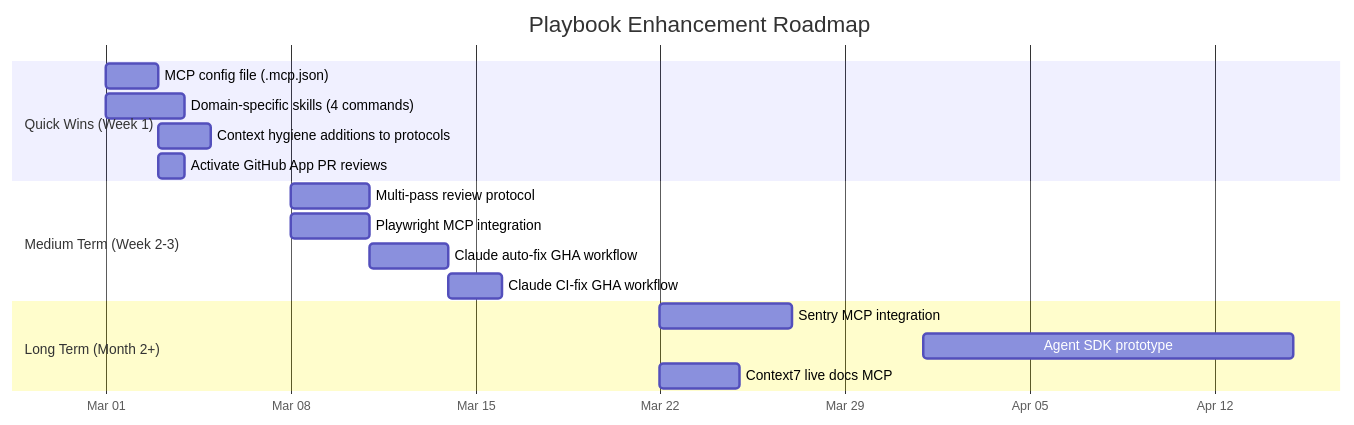
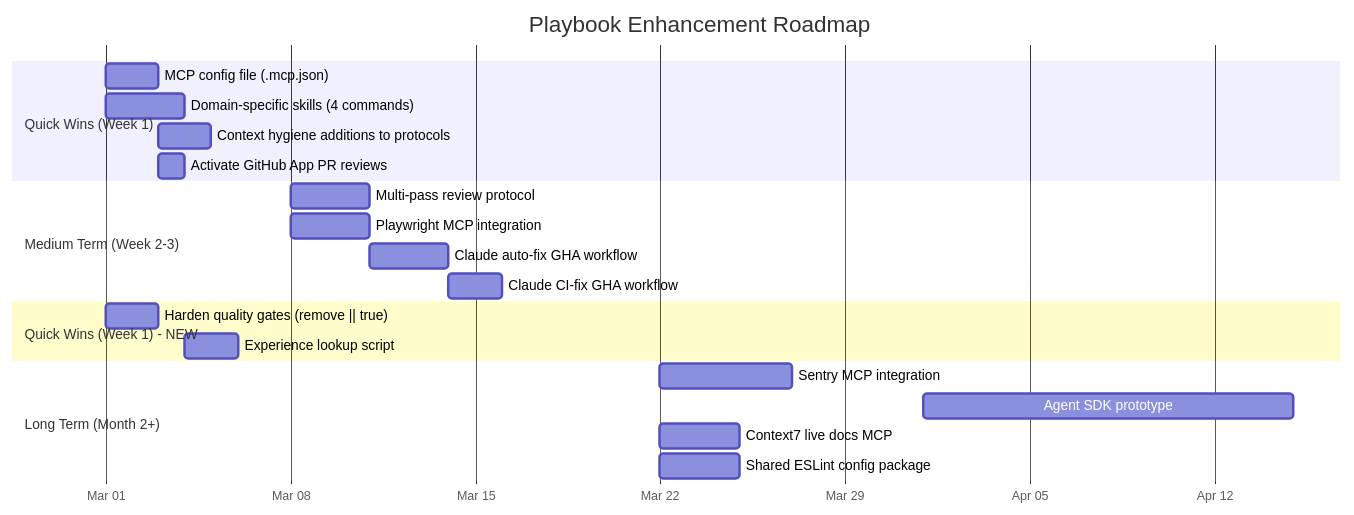
The sixth of 6 diagrams in docs/PLAYBOOK-ENHANCEMENT-PLAN.md (Tamoura/Claude-Code-creates-the-SW-company), drawn with Mermaid before and after one commit. The commit also changed other lines of this file, not shown here.

First line of the commit message:
docs(strategy): add enforcement gaps and experience data findings to enhancement plan

````diff
--- a/docs/PLAYBOOK-ENHANCEMENT-PLAN.md
+++ b/docs/PLAYBOOK-ENHANCEMENT-PLAN.md
@@ -217,23 +291,28 @@
 ```mermaid
 gantt
     title Playbook Enhancement Roadmap
     dateFormat YYYY-MM-DD
     axisFormat %b %d
 
     section Quick Wins (Week 1)
     MCP config file (.mcp.json)             :qw1, 2026-03-01, 2d
     Domain-specific skills (4 commands)     :qw2, 2026-03-01, 3d
     Context hygiene additions to protocols  :qw3, 2026-03-03, 2d
     Activate GitHub App PR reviews          :qw4, 2026-03-03, 1d
 
     section Medium Term (Week 2-3)
     Multi-pass review protocol              :mt1, 2026-03-08, 3d
     Playwright MCP integration              :mt2, 2026-03-08, 3d
     Claude auto-fix GHA workflow            :mt3, 2026-03-11, 3d
     Claude CI-fix GHA workflow              :mt4, 2026-03-14, 2d
 
+    section Quick Wins (Week 1) - NEW
+    Harden quality gates (remove || true)   :qw5, 2026-03-01, 2d
+    Experience lookup script                :qw6, 2026-03-04, 2d
+
     section Long Term (Month 2+)
     Sentry MCP integration                  :lt1, 2026-03-22, 5d
     Agent SDK prototype                     :lt2, 2026-04-01, 14d
     Context7 live docs MCP                  :lt3, 2026-03-22, 3d
+    Shared ESLint config package            :lt4, 2026-03-22, 3d
 ```
````
